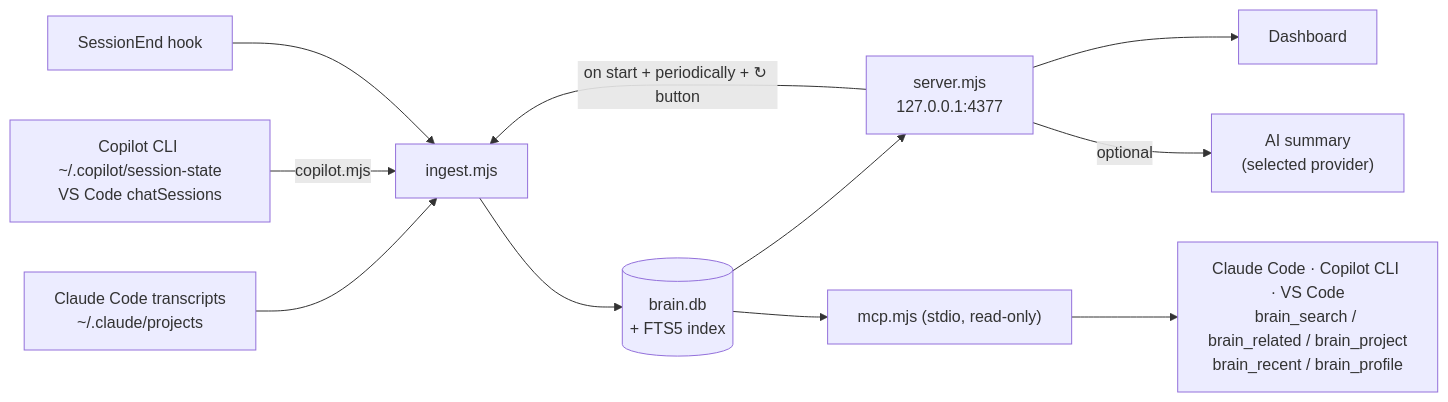
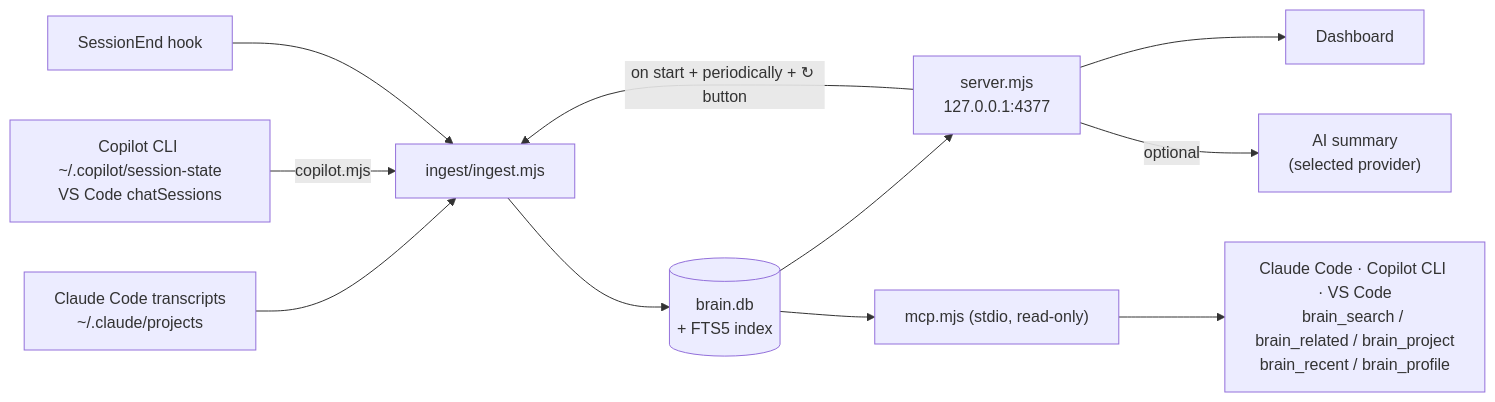
The third of 4 diagrams in README.md (hienct-fpt/personal-brain), drawn with Mermaid before and after one commit. The commit also changed other lines of this file and 22 other files, not shown here.

````diff
--- a/README.md
+++ b/README.md
@@ -182,11 +182,11 @@
 ```mermaid
 flowchart LR
-  T["Claude Code transcripts<br/>~/.claude/projects"] --> I["ingest.mjs"]
+  T["Claude Code transcripts<br/>~/.claude/projects"] --> I["ingest/ingest.mjs"]
   CP["Copilot CLI ~/.copilot/session-state<br/>VS Code chatSessions"] -->|"copilot.mjs"| I
   H["SessionEnd hook"] --> I
   I --> DB[("brain.db<br/>+ FTS5 index")]
   DB --> S["server.mjs<br/>127.0.0.1:4377"] --> UI["Dashboard"]
   S -->|"on start + periodically + ↻ button"| I
   S -->|"optional"| AI["AI summary<br/>(selected provider)"]
   DB --> M["mcp.mjs (stdio, read-only)"] --> CC["Claude Code · Copilot CLI · VS Code<br/>brain_search / brain_related / brain_project<br/>brain_recent / brain_profile"]
 ```
````
